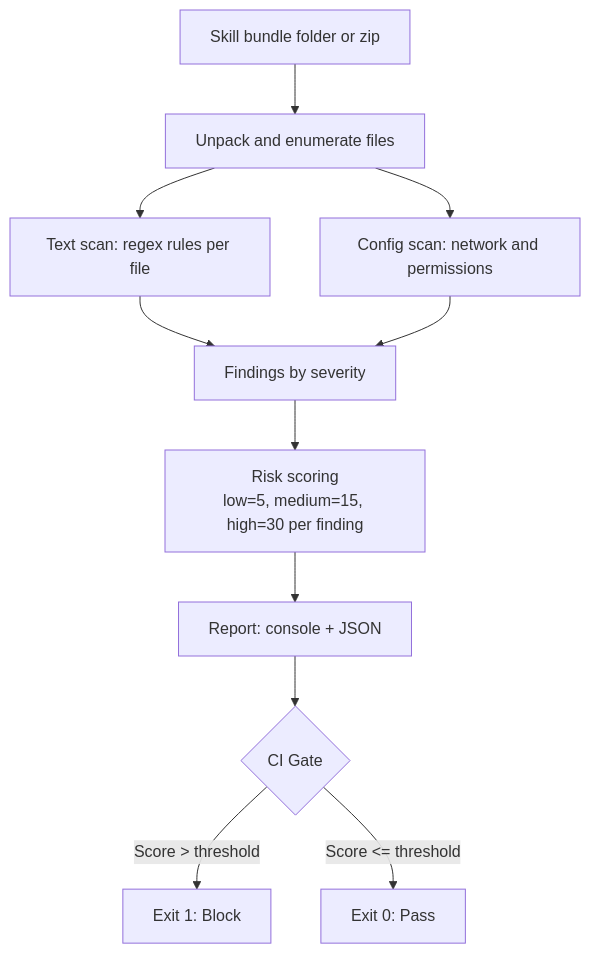
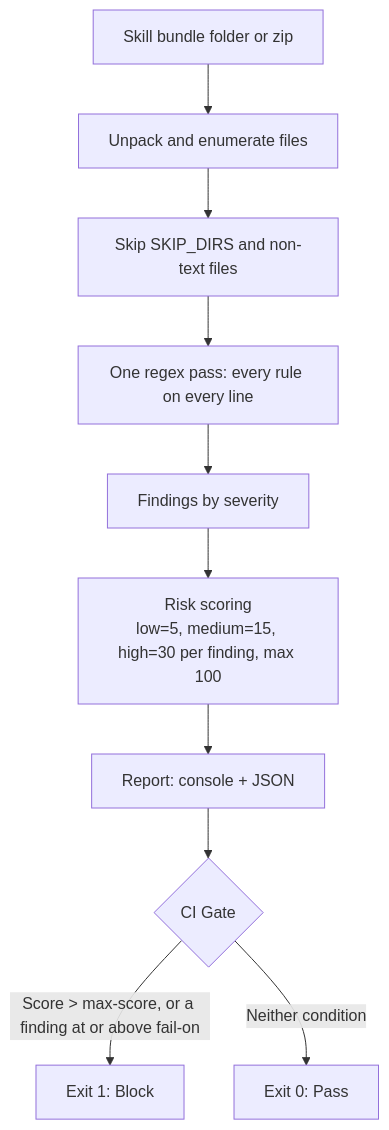
The second of 2 diagrams in blog/skills-sentry-skill-marketplace-scanner.md (victorstack-ai/agent-blog), drawn with Mermaid before and after one commit. The commit also changed other lines of this file and 30 other files, not shown here.

````diff
--- a/blog/skills-sentry-skill-marketplace-scanner.md
+++ b/blog/skills-sentry-skill-marketplace-scanner.md
@@ -68,13 +67,12 @@
 ```mermaid
 flowchart TD
     A[Skill bundle folder or zip] --> B[Unpack and enumerate files]
-    B --> C[Text scan: regex rules per file]
-    B --> D[Config scan: network and permissions]
-    C --> E[Findings by severity]
-    D --> E
-    E --> F[Risk scoring\nlow=5, medium=15, high=30 per finding]
+    B --> C[Skip SKIP_DIRS and non-text files]
+    C --> D[One regex pass: every rule on every line]
+    D --> E[Findings by severity]
+    E --> F[Risk scoring\nlow=5, medium=15, high=30 per finding, max 100]
     F --> G[Report: console + JSON]
     G --> H{CI Gate}
-    H -->|Score > threshold| I[Exit 1: Block]
-    H -->|Score <= threshold| J[Exit 0: Pass]
+    H -->|Score > max-score, or a finding at or above fail-on| I[Exit 1: Block]
+    H -->|Neither condition| J[Exit 0: Pass]
 ```
````
